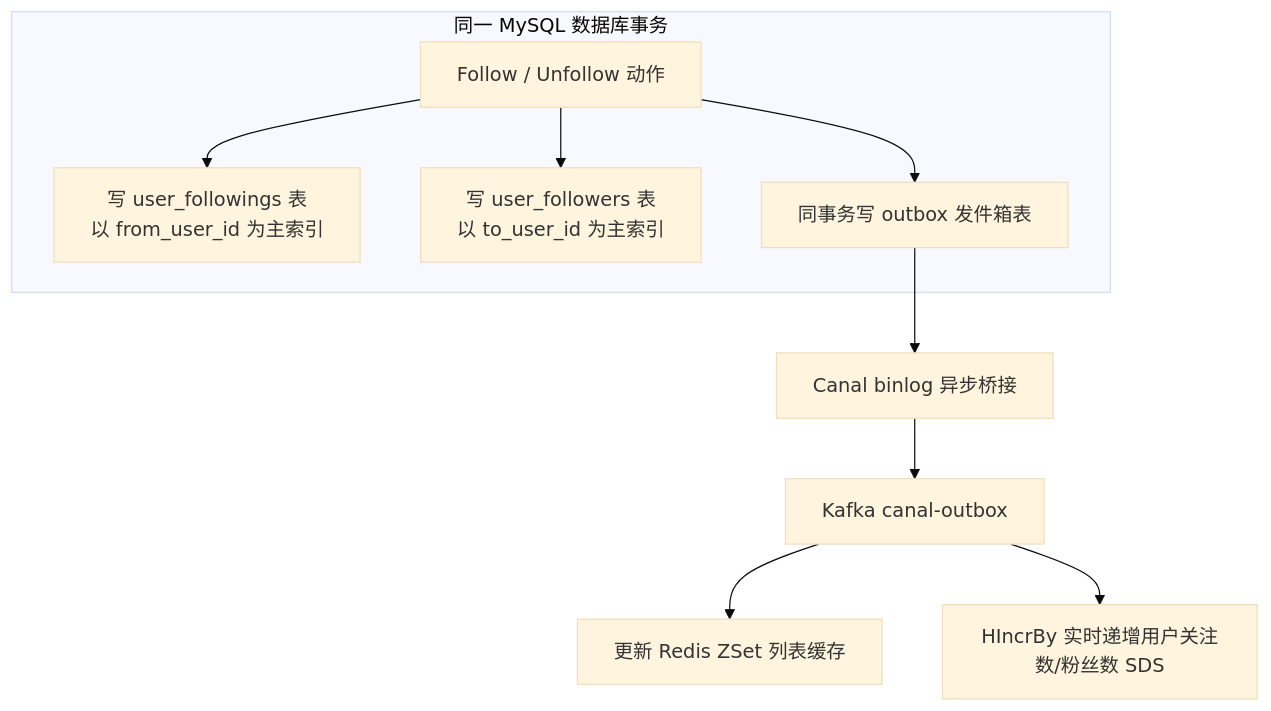
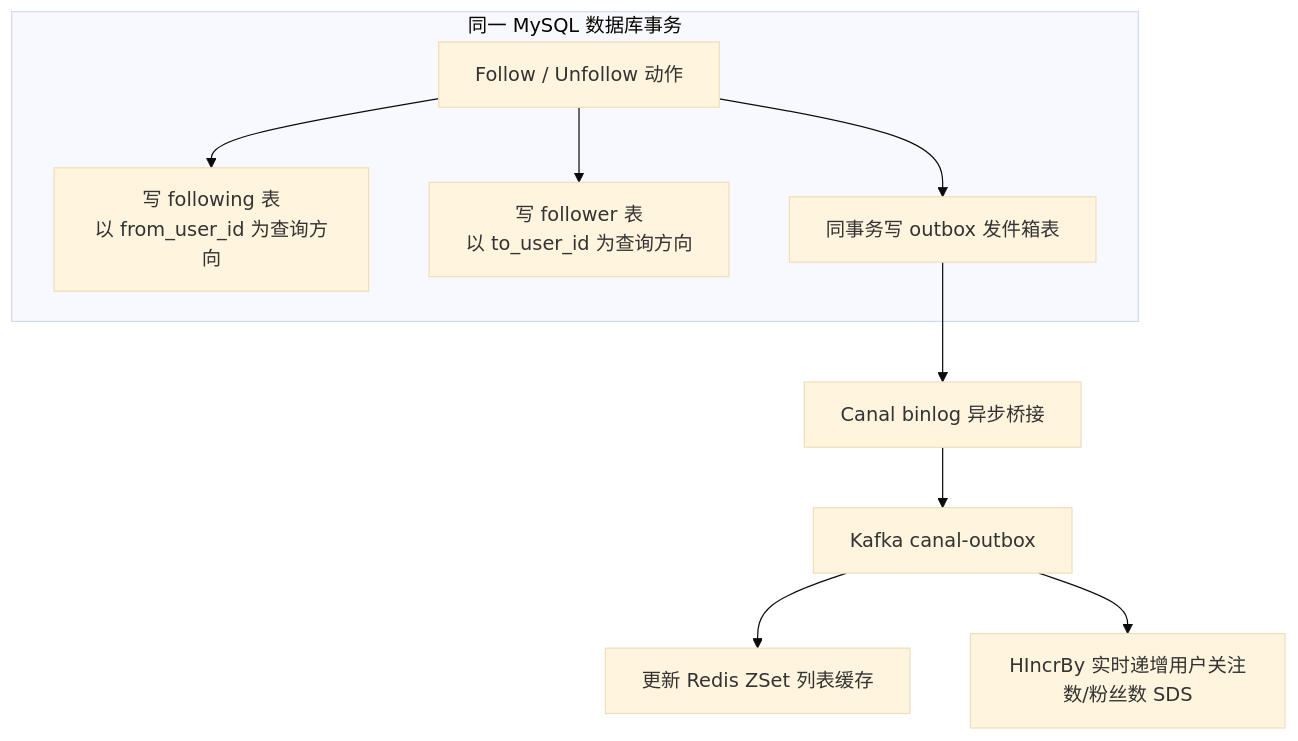
One commit to bitladykiller/zhiguang_go changed the first of 15 diagrams in docs/modules/06-关注关系与Feed扩散模块.md. Above: the diagram before and after it, drawn with Mermaid (base theme). The commit also changed other lines of this file and 5 other files, not shown here.

````diff
--- a/docs/modules/06-关注关系与Feed扩散模块.md
+++ b/docs/modules/06-关注关系与Feed扩散模块.md
@@ -49,11 +49,11 @@
 ```mermaid
 flowchart TD
     subgraph 写入事务["同一 MySQL 数据库事务"]
-      A[Follow / Unfollow 动作] --> B[写 user_followings 表<br/>以 from_user_id 为主索引]
-      A --> C[写 user_followers 表<br/>以 to_user_id 为主索引]
+      A[Follow / Unfollow 动作] --> B[写 following 表<br/>以 from_user_id 为查询方向]
+      A --> C[写 follower 表<br/>以 to_user_id 为查询方向]
       A --> D[同事务写 outbox 发件箱表]
     end
     D --> E[Canal binlog 异步桥接] --> F[Kafka canal-outbox]
     F --> G[更新 Redis ZSet 列表缓存]
     F --> H[HIncrBy 实时递增用户关注数/粉丝数 SDS]
 ```
````
